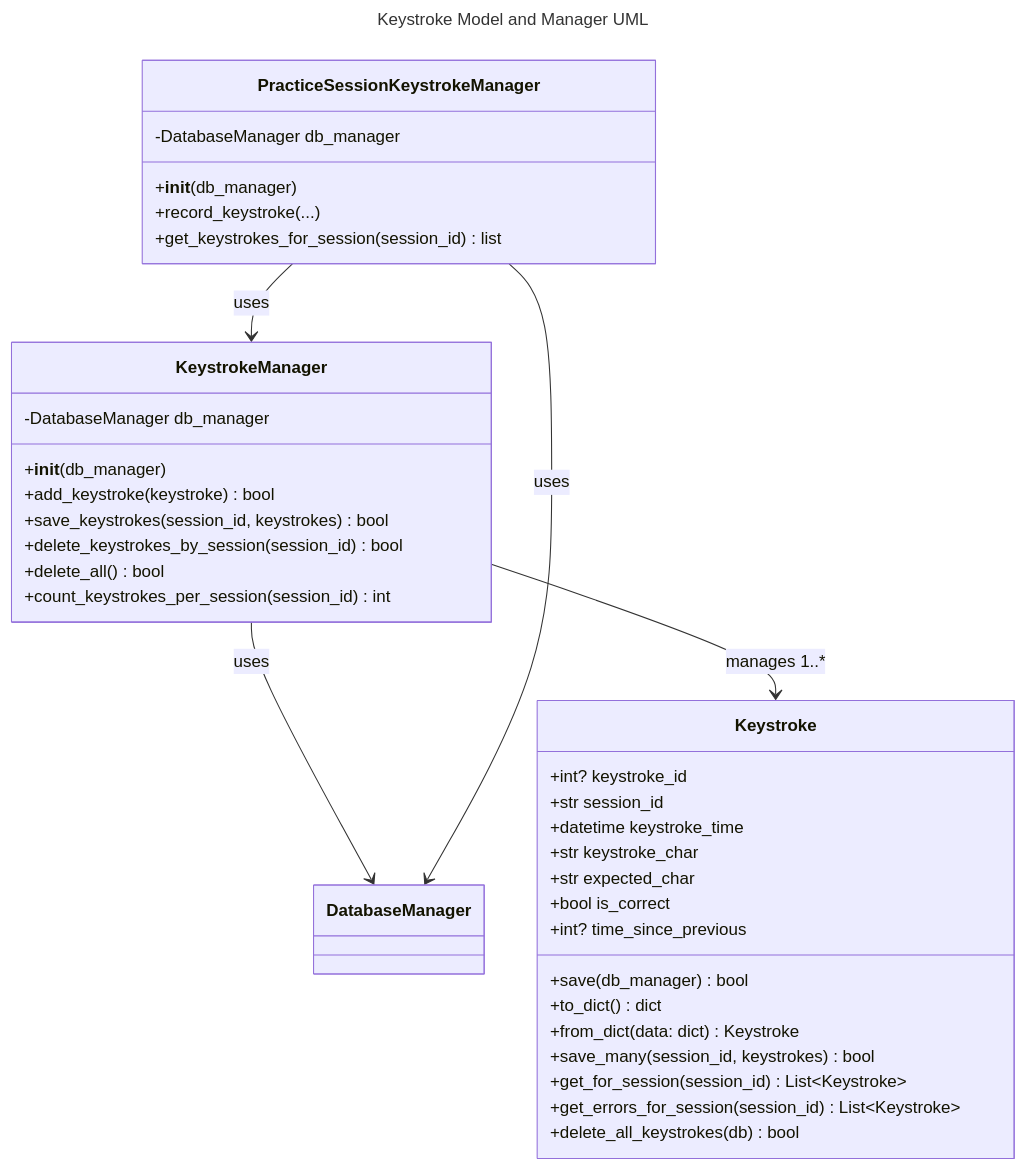
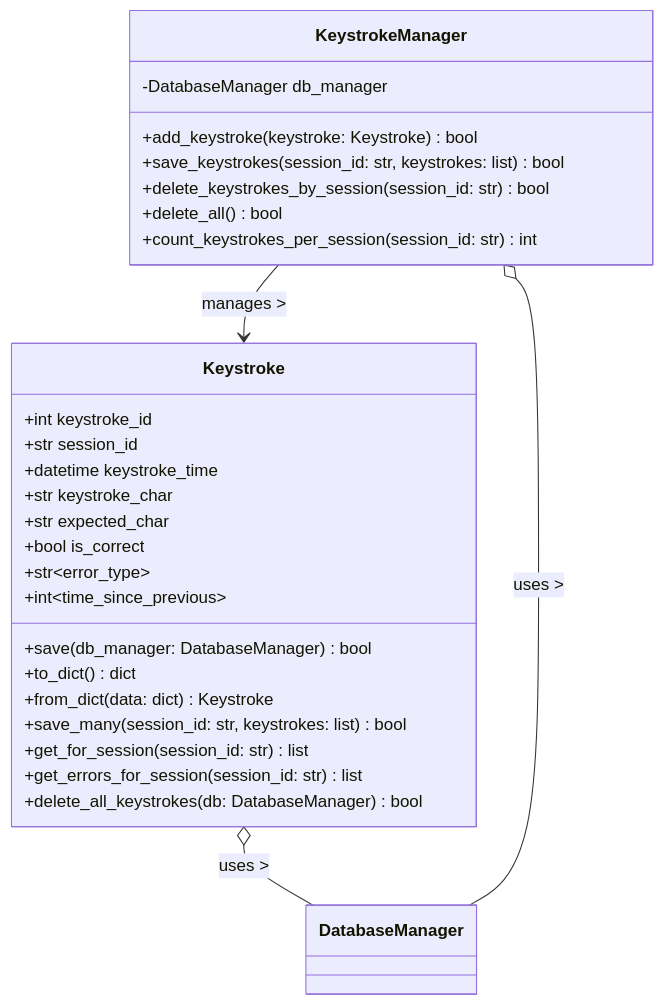
Before and after one commit to SeanAdams10/AITypingTrainer: the diagram in Prompts/Keystroke.md, drawn with Mermaid. The commit also changed other lines of this file and 22 other files, not shown here.

````diff
--- a/Prompts/Keystroke.md
+++ b/Prompts/Keystroke.md
@@ -78,41 +63,33 @@
 ```mermaid
----
-title: Keystroke Model and Manager UML
----
 classDiagram
     class Keystroke {
-        +int? keystroke_id
+        +int keystroke_id
         +str session_id
         +datetime keystroke_time
         +str keystroke_char
         +str expected_char
         +bool is_correct
-        +int? time_since_previous
-        +save(db_manager) bool
+        +str~error_type~
+        +int~time_since_previous~
+        +save(db_manager: DatabaseManager) bool
         +to_dict() dict
         +from_dict(data: dict) Keystroke
-        +save_many(session_id, keystrokes) bool
-        +get_for_session(session_id) List~Keystroke~
-        +get_errors_for_session(session_id) List~Keystroke~
-        +delete_all_keystrokes(db) bool
+        +save_many(session_id: str, keystrokes: list) bool
+        +get_for_session(session_id: str) list
+        +get_errors_for_session(session_id: str) list
+        +delete_all_keystrokes(db: DatabaseManager) bool
     }
+
     class KeystrokeManager {
         -DatabaseManager db_manager
-        +__init__(db_manager)
-        +add_keystroke(keystroke) bool
-        +save_keystrokes(session_id, keystrokes) bool
-        +delete_keystrokes_by_session(session_id) bool
+        +add_keystroke(keystroke: Keystroke) bool
+        +save_keystrokes(session_id: str, keystrokes: list) bool
+        +delete_keystrokes_by_session(session_id: str) bool
         +delete_all() bool
-        +count_keystrokes_per_session(session_id) int
+        +count_keystrokes_per_session(session_id: str) int
     }
-    class PracticeSessionKeystrokeManager {
-        -DatabaseManager db_manager
-        +__init__(db_manager)
-        +record_keystroke(...)
-        +get_keystrokes_for_session(session_id) list
-    }
-    KeystrokeManager --> Keystroke : manages 1..*
-    KeystrokeManager --> DatabaseManager : uses
-    PracticeSessionKeystrokeManager --> DatabaseManager : uses
-    PracticeSessionKeystrokeManager --> KeystrokeManager : uses
+
+    KeystrokeManager --> Keystroke : manages >
+    Keystroke o-- DatabaseManager : uses >
+    KeystrokeManager o-- DatabaseManager : uses >
 ```
````
